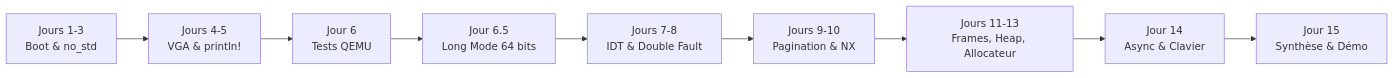
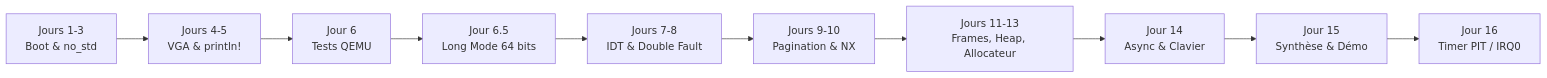
Before and after one commit to Traorehub/Project_Modern_OS_with_Rust: the diagram in README.md, drawn with Mermaid. The commit also changed other lines of this file and 43 other files, not shown here.

````diff
--- a/README.md
+++ b/README.md
@@ -26,11 +26,12 @@
 ```mermaid
 graph LR
     A[Jours 1-3<br/>Boot & no_std] --> B[Jours 4-5<br/>VGA & println!]
     B --> C[Jour 6<br/>Tests QEMU]
     C --> D[Jour 6.5<br/>Long Mode 64 bits]
     D --> E[Jours 7-8<br/>IDT & Double Fault]
     E --> F[Jours 9-10<br/>Pagination & NX]
     F --> G[Jours 11-13<br/>Frames, Heap, Allocateur]
     G --> H[Jour 14<br/>Async & Clavier]
     H --> I[Jour 15<br/>Synthèse & Démo]
+    I --> J[Jour 16<br/>Timer PIT / IRQ0]
 ```
````
